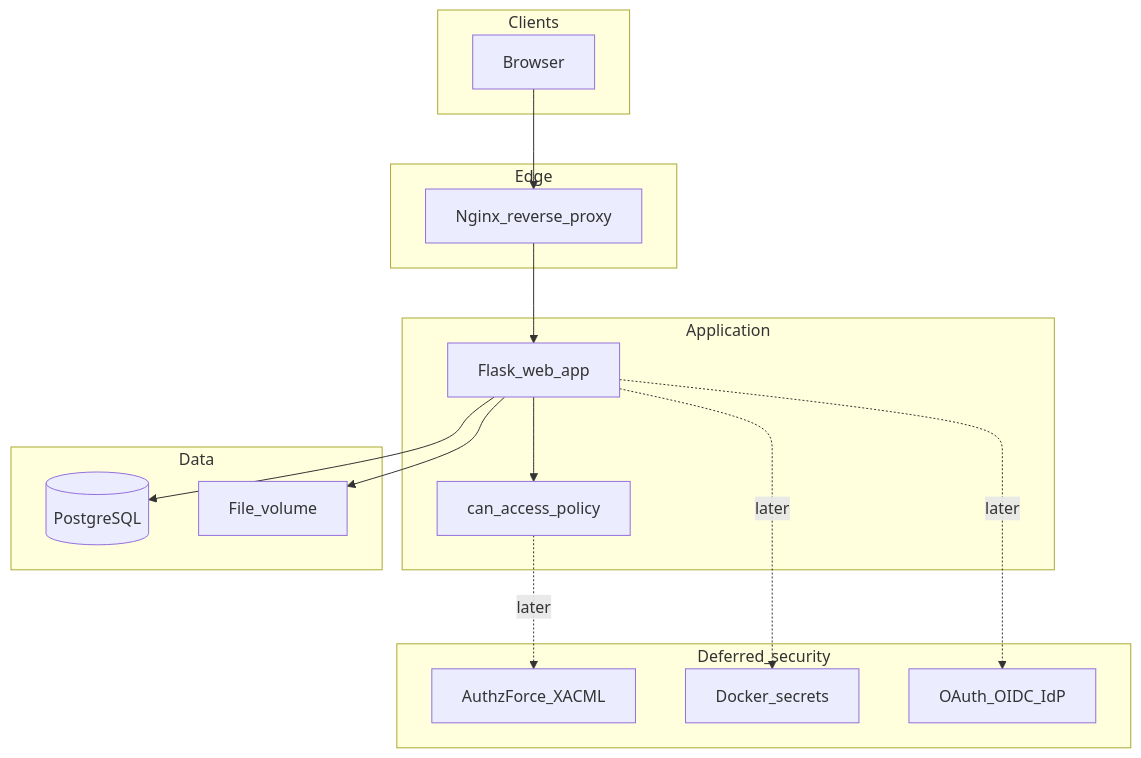
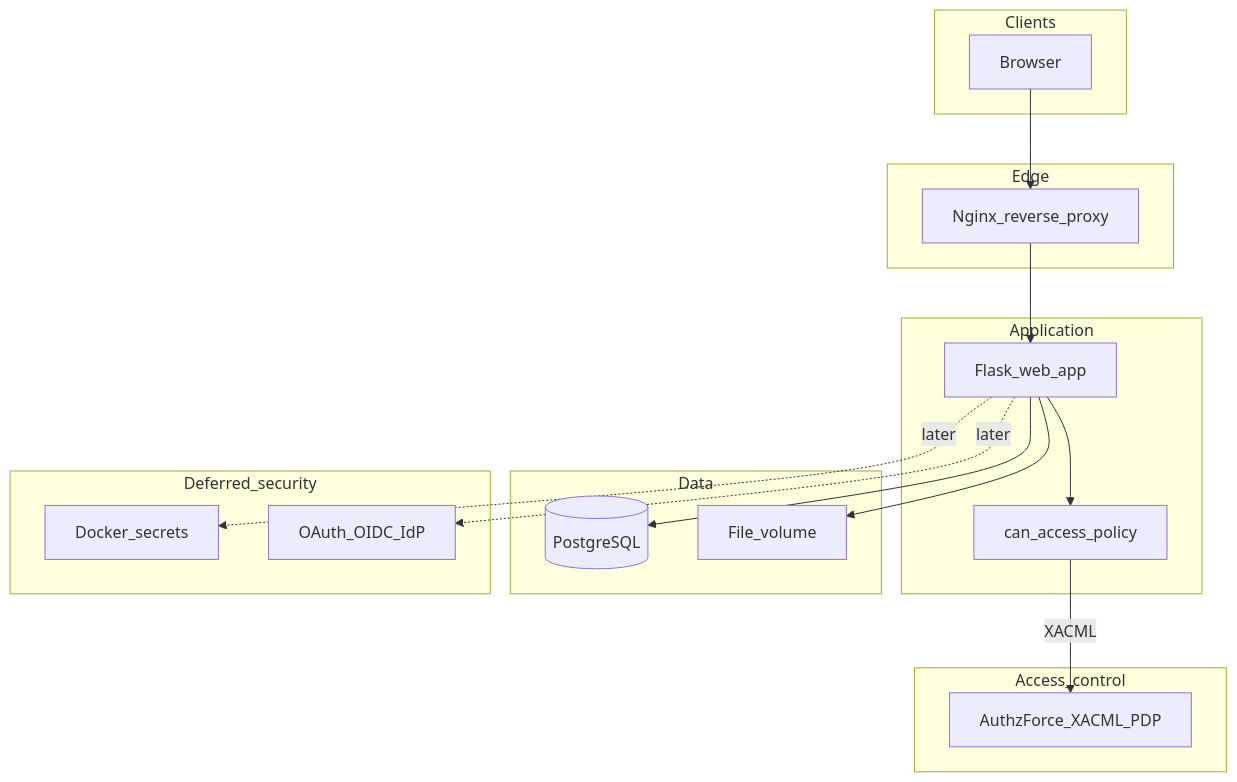
The first of 3 diagrams in docs/ARCHITECTURE.md (phillip-brule/snap), drawn with Mermaid before and after one commit. The commit also changed other lines of this file and 8 other files, not shown here.

Commit message:
Access control with XACML 3.0 (AuthzForce)

````diff
--- a/docs/ARCHITECTURE.md
+++ b/docs/ARCHITECTURE.md
@@ -13,35 +13,38 @@
 ```mermaid
 flowchart TB
   subgraph clients [Clients]
     Browser[Browser]
   end
 
   subgraph edge [Edge]
     Nginx[Nginx_reverse_proxy]
   end
 
   subgraph app [Application]
     Flask[Flask_web_app]
     Policy[can_access_policy]
   end
 
   subgraph data [Data]
     PG[(PostgreSQL)]
     Vol[File_volume]
   end
 
+  subgraph authz [Access_control]
+    Authz[AuthzForce_XACML_PDP]
+  end
+
   subgraph deferred [Deferred_security]
-    Authz[AuthzForce_XACML]
     Secrets[Docker_secrets]
     OAuth[OAuth_OIDC_IdP]
   end
 
   Browser --> Nginx
   Nginx --> Flask
   Flask --> Policy
   Flask --> PG
   Flask --> Vol
-  Policy -.->|later| Authz
+  Policy -->|XACML| Authz
   Flask -.->|later| Secrets
   Flask -.->|later| OAuth
 ```
````
